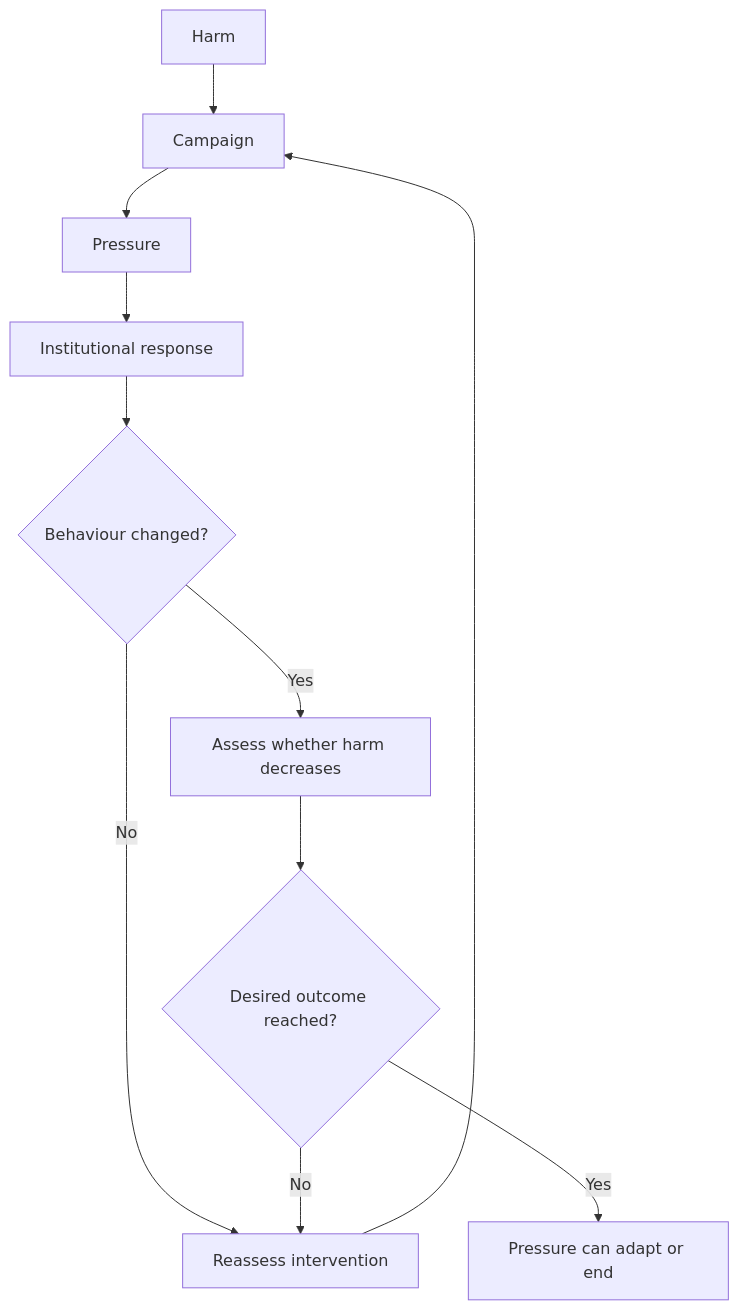
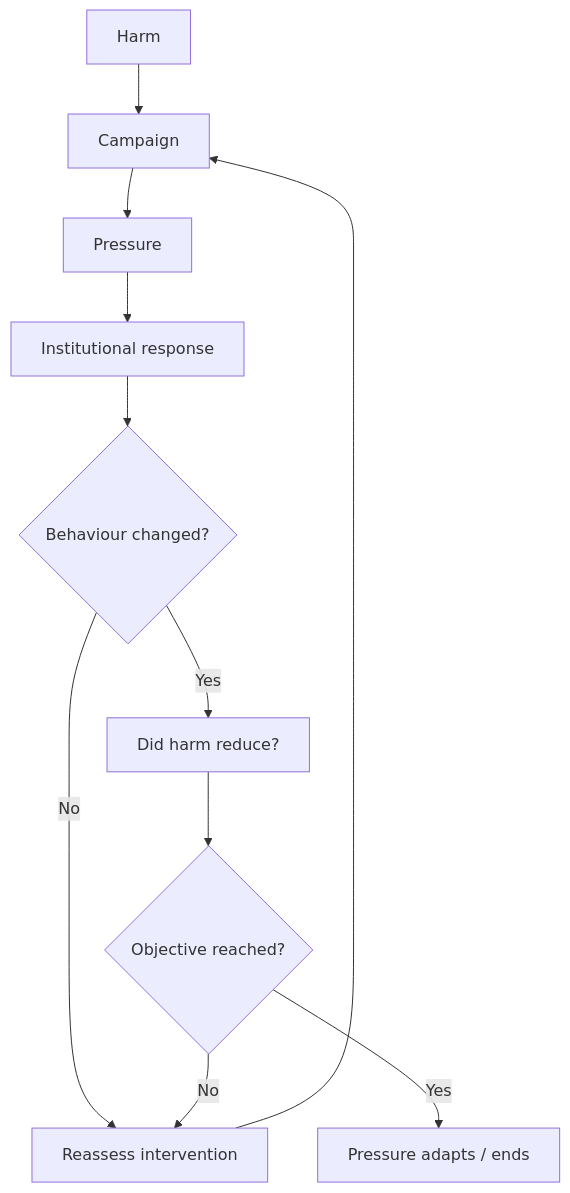
Before and after one commit to josefsbreakfast/Polaris-Protocol: diagram 14 of 14 in 🌓_3_In_The_Moment/📲_Press_Matters/🇵🇸_Palestine_Factchecking/🌍_Global_Powers/💸_incentivising_behavioural_change_and_bds.md, drawn with Mermaid. The commit also changed other lines of this file, not shown here.

````diff
--- a/🌓_3_In_The_Moment/📲_Press_Matters/🇵🇸_Palestine_Factchecking/🌍_Global_Powers/💸_incentivising_behavioural_change_and_bds.md
+++ b/🌓_3_In_The_Moment/📲_Press_Matters/🇵🇸_Palestine_Factchecking/🌍_Global_Powers/💸_incentivising_behavioural_change_and_bds.md
@@ -932,17 +642,17 @@
 ```mermaid
 flowchart TD
     A[Harm]
     --> B[Campaign]
     --> C[Pressure]
     --> D[Institutional response]
     --> E{Behaviour changed?}
 
     E -->|No| F[Reassess intervention]
     F --> B
 
-    E -->|Yes| G[Assess whether harm decreases]
-    G --> H{Desired outcome reached?}
+    E -->|Yes| G[Did harm reduce?]
+    G --> H{Objective reached?}
 
     H -->|No| F
-    H -->|Yes| I[Pressure can adapt or end]
+    H -->|Yes| I[Pressure adapts / ends]
 ```
````
